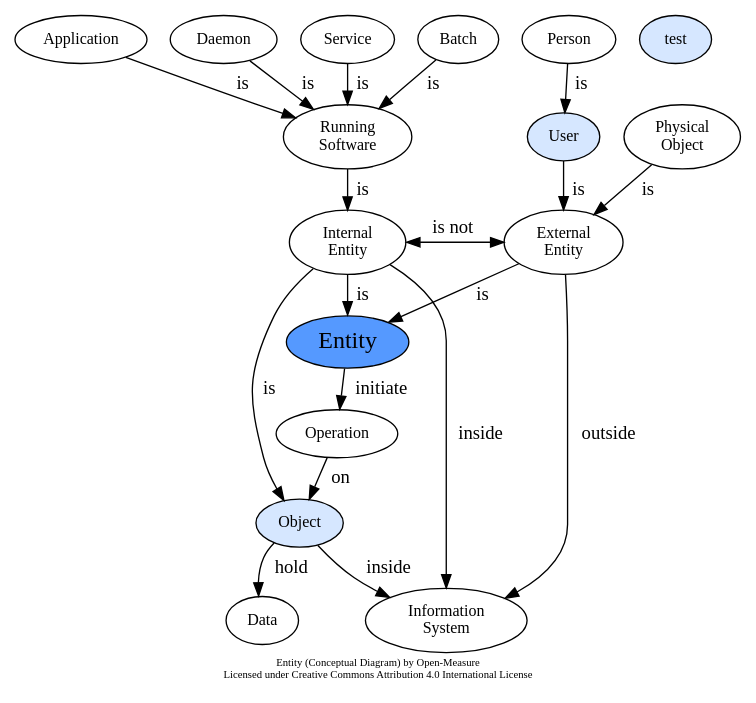
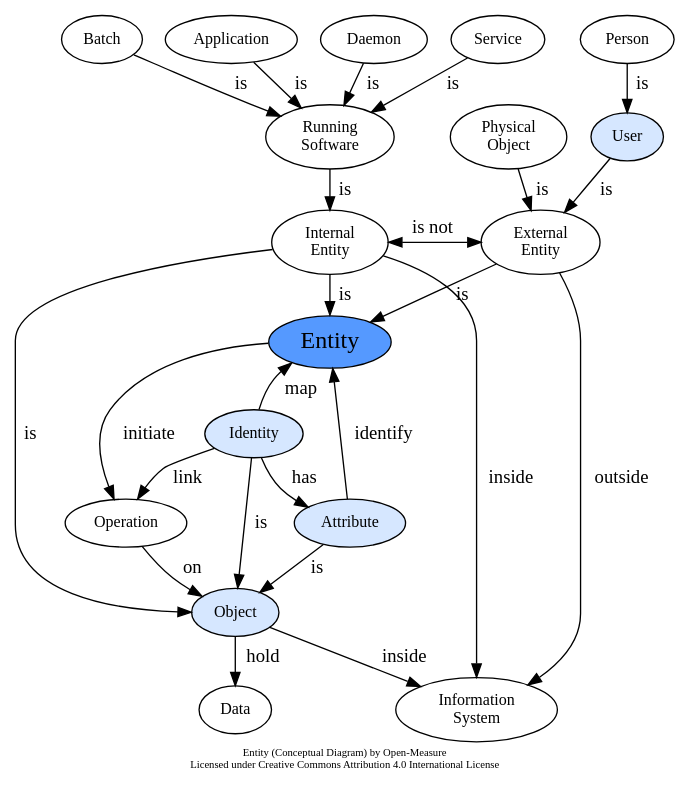
Before and after one commit to Open-Measure/Graphviz-Models: the diagram in Dictionary/entity.gv, drawn with Graphviz.

```diff
--- a/Dictionary/entity.gv
+++ b/Dictionary/entity.gv
@@ -1,60 +1,69 @@
 digraph G {
 	rankdir="TB";
 	ranksep="0";
 	splines="curve";
 	newrank=true;
 	packmode="clust";
 	compound=true;
 	fontname="Calibri";
 	label="Entity (Conceptual Diagram) by Open-Measure\nLicensed under Creative Commons Attribution 4.0 International License";
 	fontsize=8;
 	node[shape="ellipse", fontsize=12, fillcolor="#d6e7ff", style="filled", fontname="Calibri"];
 	edge[fontname="Calibri", minlen="1"];
 
 	n_daemon [fillcolor="white", label="Daemon"];
 	n_service [fillcolor="white", label="Service"];
 	n_batch [fillcolor="white", label="Batch"];
 	n_application [fillcolor="white", label="Application"];
+	n_daemon -> n_running_software [weight=10, label="  is  "];
+	n_service -> n_running_software [weight=10, label="  is  "];
+	n_batch -> n_running_software [weight=10, label="  is  "];
+	n_application -> n_running_software [weight=10, label="  is  "];
+
 	n_person [fillcolor="white", label="Person"];
 
 	n_running_software [fillcolor="white", label="Running\nSoftware"];
 	n_physical_object [fillcolor="white", label="Physical\nObject"];
 	n_user [label="User", URL="/wiki/spaces/DIC/pages/82839586/User+Dictionary+Entry"];
 
 	n_external_entity [fillcolor="white", label="External\nEntity"];
 	n_internal_entity [fillcolor="white", label="Internal\nEntity"];
 
  	n_entity [label="Entity", fontsize=18, fillcolor="#5599ff", URL="https://open-measure.atlassian.net/wiki/spaces/DIC/pages/123830932"];
+	n_entity -> n_identity [weight=10, label="  map  ", dir="back"];
+
+	n_identity [label="Identity", URL="URL=https://open-measure.atlassian.net/wiki/spaces/DIC/pages/67600948"];
+	n_identity -> n_informational_object [weight=10, label="  is  "];
+	n_identity -> n_operation [weight=10, label="  link  "];
+	n_identity -> n_attribute [weight=10, label="  has  "];
+	n_entity -> n_attribute [weight=10, label="  identify  ", dir="back"];
+
+	n_attribute [label="Attribute", URL="URL=https://open-measure.atlassian.net/wiki/spaces/DIC/pages/82903275"];
+	n_attribute -> n_informational_object [weight=10, label="  is  "];
 
 	n_operation [fillcolor="white", label="Operation"];
-
-	n_test[label="test", URL="https://google.com"];
 
 	n_informational_object [label="Object", URL="https://open-measure.atlassian.net/wiki/spaces/DIC/pages/67568133/Object+Dictionary+Entry"];
 	n_data [fillcolor="white", label="Data"];
 
 	n_information_system [fillcolor="white", label="Information\nSystem"];
 
-	n_daemon -> n_running_software [weight=10, label="  is  "];
-	n_service -> n_running_software [weight=10, label="  is  "];
-	n_batch -> n_running_software [weight=10, label="  is  "];
-	n_application -> n_running_software [weight=10, label="  is  "];
 	n_internal_entity -> n_informational_object [weight=10, label="  is  "];
 	n_person -> n_user [weight=10, label="  is", dir="back  "];
 	n_user -> n_external_entity [weight=10, label="  is  "];
 	n_running_software -> n_internal_entity [weight=10, label="  is  "];
 	n_physical_object -> n_external_entity [weight=10, label="  is  "];
 	n_internal_entity -> n_external_entity [weight=10, label="  is not  ", dir="both"];
 	n_internal_entity -> n_entity [weight=10, label="  is  "];
 	n_external_entity -> n_entity [weight=10, label="  is  "];
 	n_entity -> n_operation [weight=10, label="  initiate  "];
 	n_operation -> n_informational_object [weight=10, label="  on  "];
 	n_external_entity -> n_information_system [weight=10, label="  outside  "];
 	n_internal_entity -> n_information_system [weight=10, label="  inside  "];
 	n_informational_object -> n_data [weight=10, label="  hold  "];
 	n_informational_object -> n_information_system [weight=10, label="  inside  "];
 
 	{rank=same; n_internal_entity; n_external_entity;}
 	{rank=same; n_running_software; n_user; n_physical_object;}
 
 }
```
